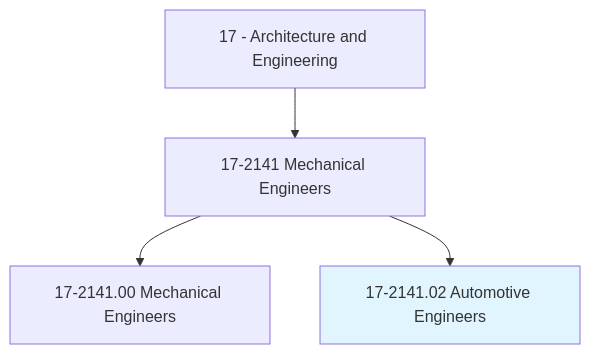
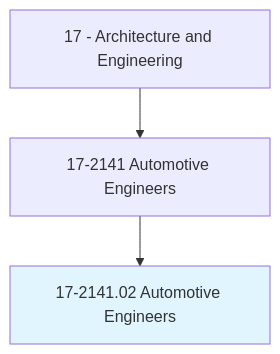
Before and after one commit to kziemski/business.org.ai: the first of 4 diagrams in occupations/Architecture/AutomotiveEngineers.mdx, drawn with Mermaid. The commit also changed other lines of this file and 938 other files, not shown here.

````diff
--- a/occupations/Architecture/AutomotiveEngineers.mdx
+++ b/occupations/Architecture/AutomotiveEngineers.mdx
@@ -19,7 +23,6 @@
 ```mermaid
 graph TD
-    Cat17["17 - Architecture and Engineering"] --> Group172141["17-2141 Mechanical Engineers"]
-    Group172141 --> Base["17-2141.00 Mechanical Engineers"]
+    Cat17["17 - Architecture and Engineering"] --> Group172141["17-2141 Automotive Engineers"]
     Group172141 --> Current["17-2141.02 Automotive Engineers"]
     style Current fill:#e1f5fe
 ```
````
